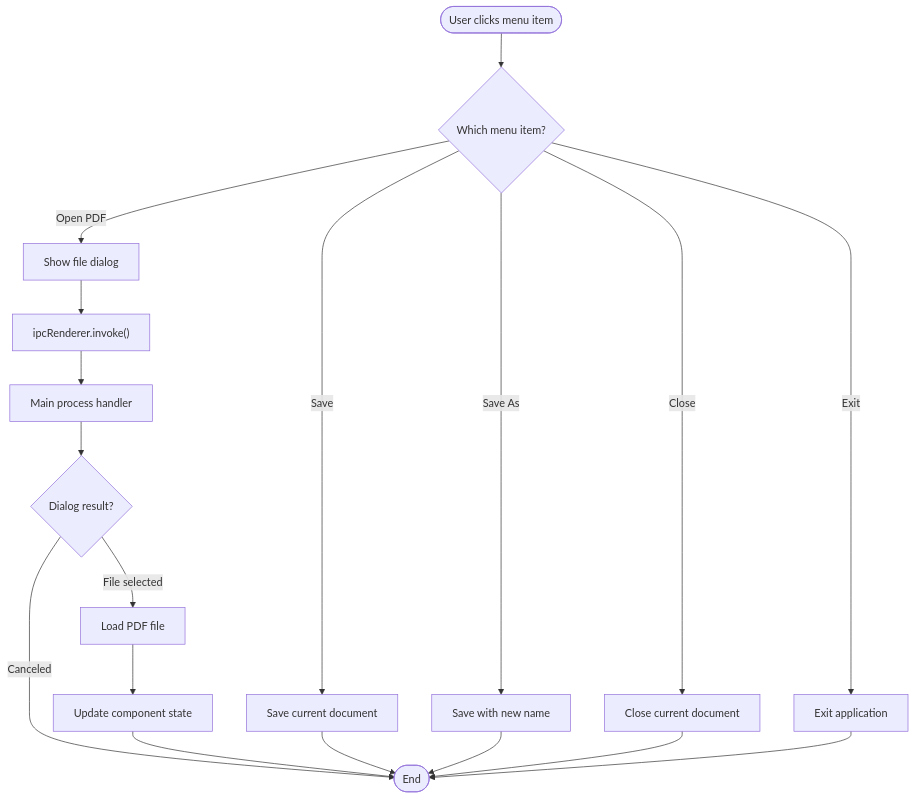
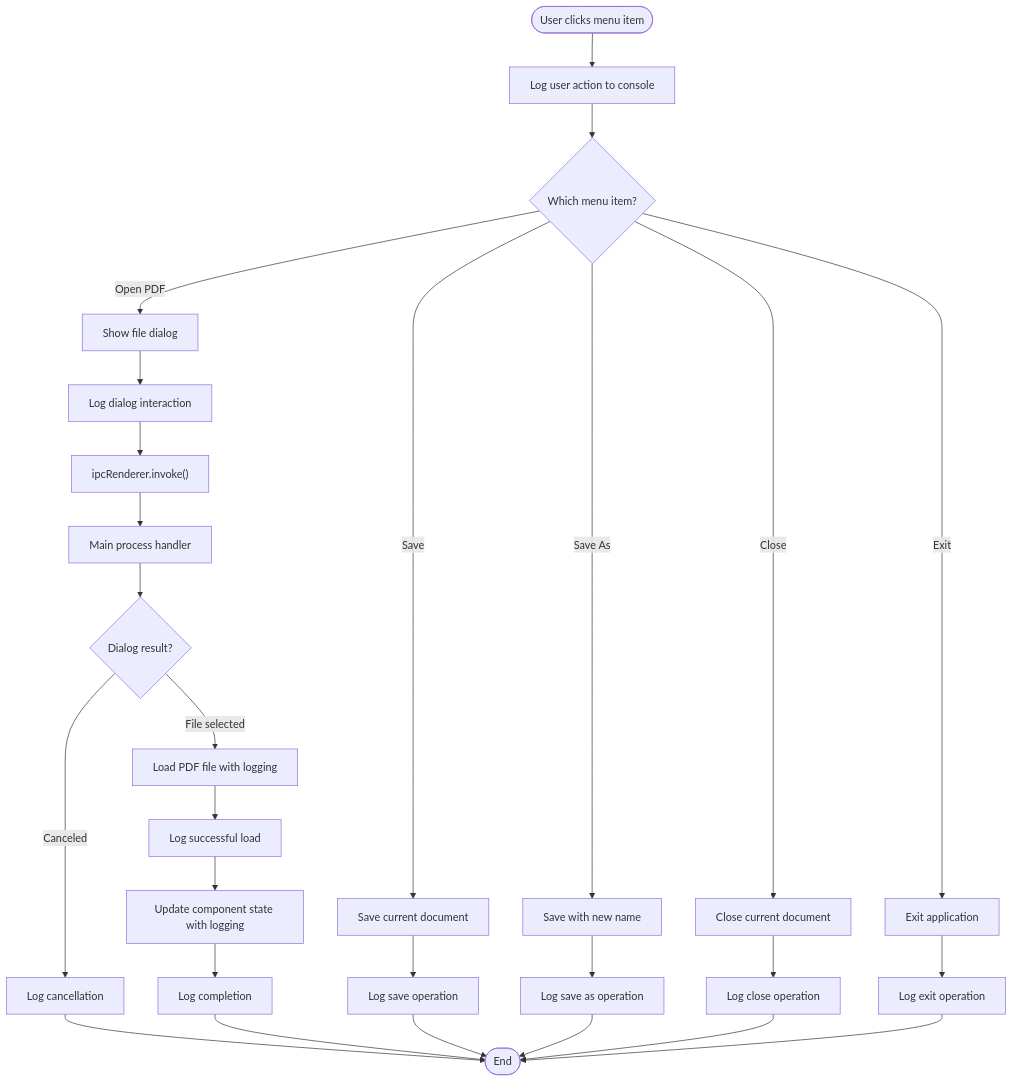
The fourth of 6 diagrams in .qoder/repowiki/en/content/Core Components/File Menu System.md (Chunde/SciPDFReader), drawn with Mermaid before and after one commit. The commit also changed other lines of this file and 9 other files, not shown here.

Commit message:
Tried to load PDF file

````diff
--- a/.qoder/repowiki/en/content/Core Components/File Menu System.md
+++ b/.qoder/repowiki/en/content/Core Components/File Menu System.md
@@ -190,20 +221,29 @@
 ```mermaid
 flowchart TD
-Start([User clicks menu item]) --> CheckItem{"Which menu item?"}
+Start([User clicks menu item]) --> LogAction["Log user action to console"]
+LogAction --> CheckItem{"Which menu item?"}
 CheckItem --> |Open PDF| OpenDialog["Show file dialog"]
 CheckItem --> |Save| SaveFile["Save current document"]
 CheckItem --> |Save As| SaveAs["Save with new name"]
 CheckItem --> |Close| CloseDoc["Close current document"]
 CheckItem --> |Exit| ExitApp["Exit application"]
-OpenDialog --> IPCInvoke["ipcRenderer.invoke()"]
+OpenDialog --> LogDialog["Log dialog interaction"]
+LogDialog --> IPCInvoke["ipcRenderer.invoke()"]
 IPCInvoke --> MainHandler["Main process handler"]
 MainHandler --> DialogResult{"Dialog result?"}
-DialogResult --> |File selected| LoadPDF["Load PDF file"]
-DialogResult --> |Canceled| End([End])
-LoadPDF --> UpdateState["Update component state"]
-UpdateState --> End
-SaveFile --> End
-SaveAs --> End
-CloseDoc --> End
-ExitApp --> End
+DialogResult --> |File selected| LoadPDF["Load PDF file with logging"]
+DialogResult --> |Canceled| LogCancel["Log cancellation"]
+LogCancel --> End([End])
+LoadPDF --> LogSuccess["Log successful load"]
+LogSuccess --> UpdateState["Update component state with logging"]
+UpdateState --> LogComplete["Log completion"]
+LogComplete --> End
+SaveFile --> LogSave["Log save operation"]
+LogSave --> End
+SaveAs --> LogSaveAs["Log save as operation"]
+LogSaveAs --> End
+CloseDoc --> LogClose["Log close operation"]
+LogClose --> End
+ExitApp --> LogExit["Log exit operation"]
+LogExit --> End
 ```
````
